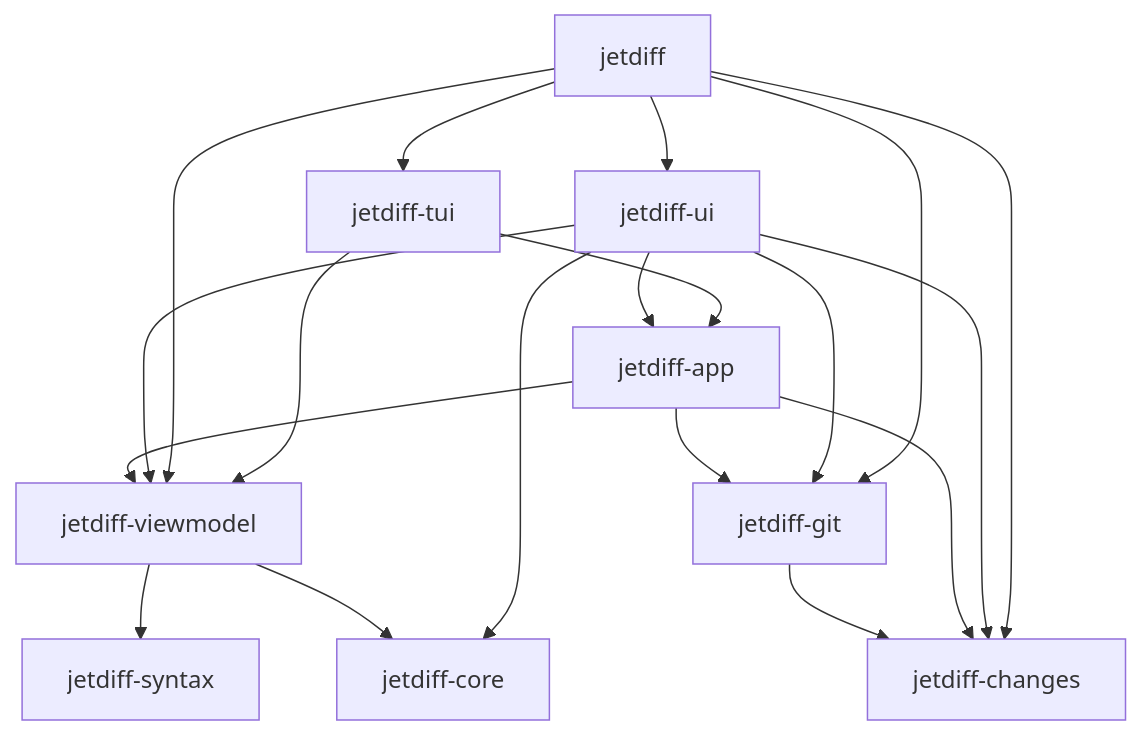
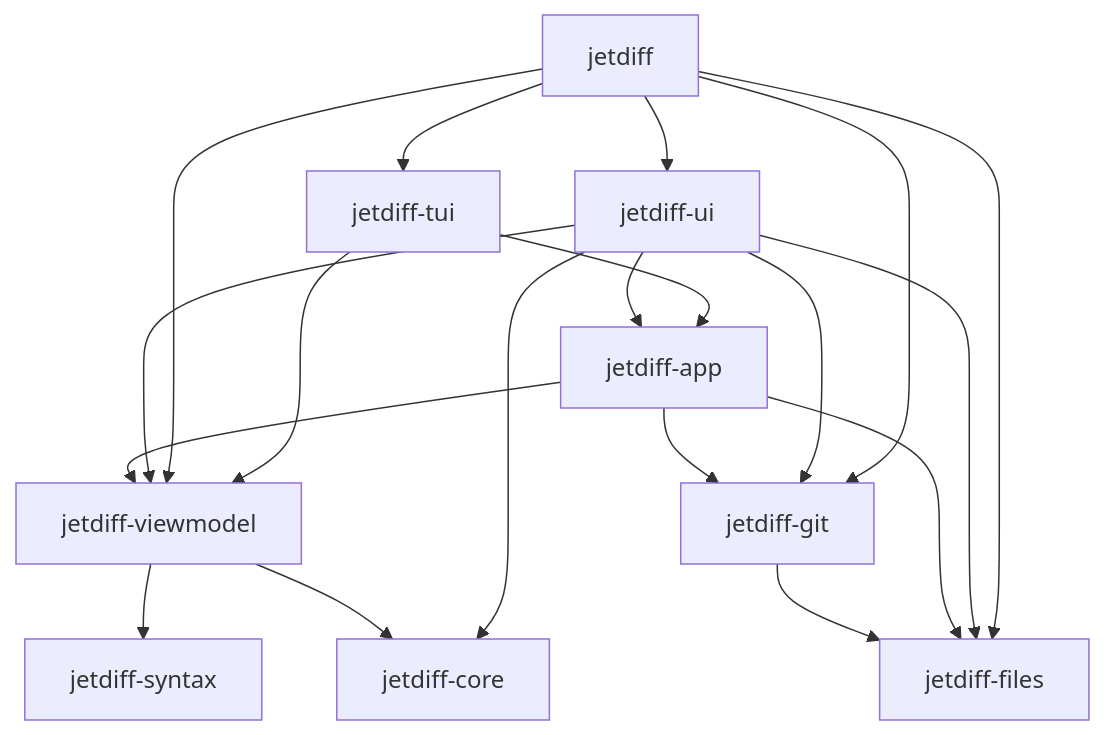
One commit to akemkers/jetdiff changed the diagram in README.md. Above: the diagram before and after it, drawn with Mermaid. The commit also changed other lines of this file and 96 other files, not shown here.

````diff
--- a/README.md
+++ b/README.md
@@ -120,21 +120,21 @@
 ```mermaid
 graph TD
     jetdiff --> ui[jetdiff-ui]
     jetdiff --> tui[jetdiff-tui]
     tui --> app
     tui --> view
     jetdiff --> view[jetdiff-viewmodel]
     jetdiff --> git[jetdiff-git]
-    jetdiff --> changes[jetdiff-changes]
+    jetdiff --> files[jetdiff-files]
     ui --> app[jetdiff-app]
     ui --> view
     ui --> git
-    ui --> changes
+    ui --> files
     ui --> core[jetdiff-core]
     app --> view
     app --> git
-    app --> changes
+    app --> files
     view --> core
     view --> syntax[jetdiff-syntax]
-    git --> changes
+    git --> files
 ```
````
